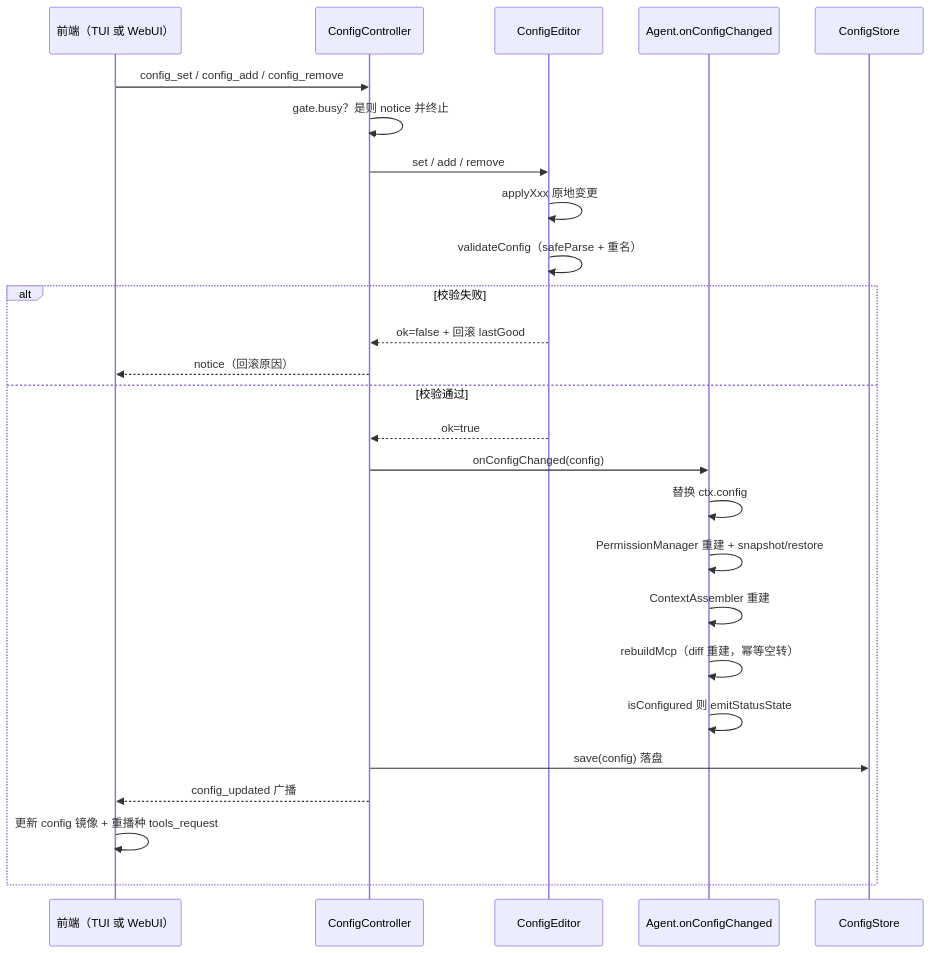
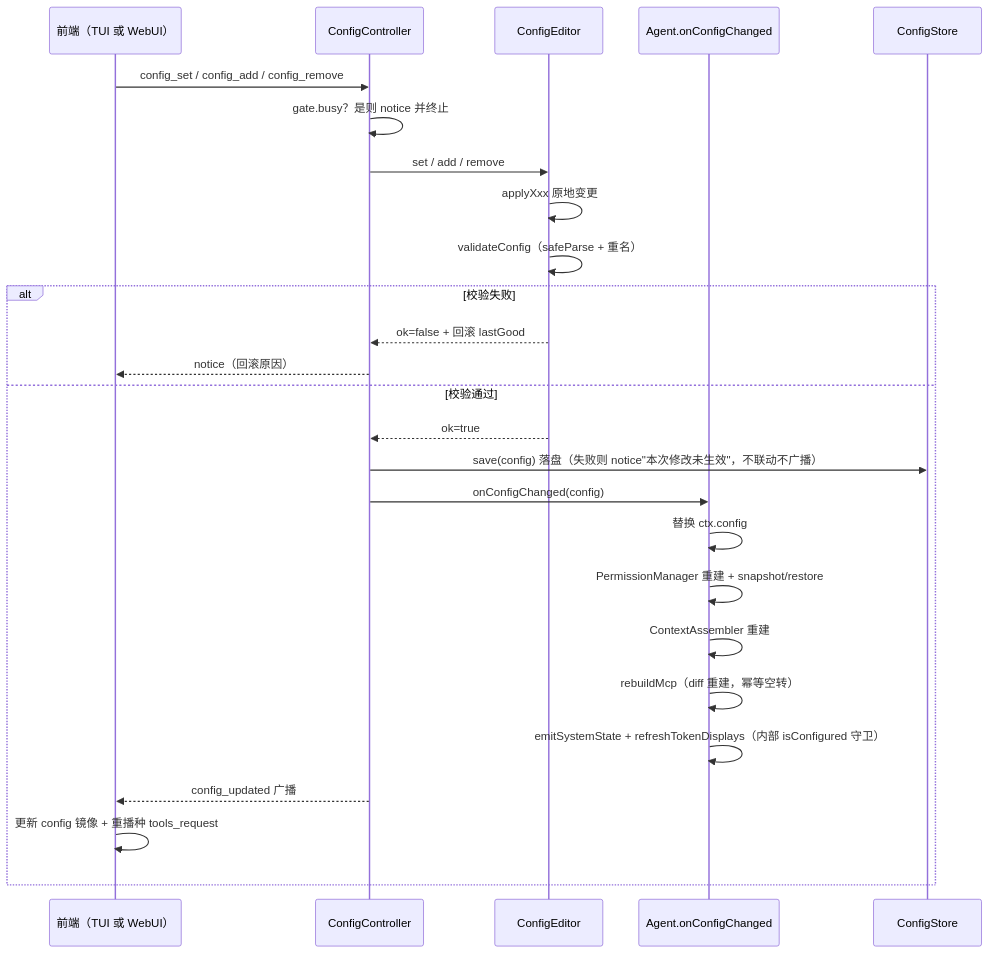
One commit to Doggez1G/DogEggAgent changed the third of 3 diagrams in docs/versions/0.2/02-设计实现/10-配置体系与编辑器.md. Above: the diagram before and after it, drawn with Mermaid. The commit also changed other lines of this file and 39 other files, not shown here.

````diff
--- a/docs/versions/0.2/02-设计实现/10-配置体系与编辑器.md
+++ b/docs/versions/0.2/02-设计实现/10-配置体系与编辑器.md
@@ -333,28 +356,28 @@
 ```mermaid
 sequenceDiagram
     participant U as 前端（TUI 或 WebUI）
     participant C as ConfigController
     participant E as ConfigEditor
     participant A as Agent.onConfigChanged
     participant S as ConfigStore
     U->>C: config_set / config_add / config_remove
     C->>C: gate.busy？是则 notice 并终止
     C->>E: set / add / remove
     E->>E: applyXxx 原地变更
     E->>E: validateConfig（safeParse + 重名）
     alt 校验失败
         E-->>C: ok=false + 回滚 lastGood
         C-->>U: notice（回滚原因）
     else 校验通过
         E-->>C: ok=true
+        C->>S: save(config) 落盘（失败则 notice"本次修改未生效"，不联动不广播）
         C->>A: onConfigChanged(config)
         A->>A: 替换 ctx.config
         A->>A: PermissionManager 重建 + snapshot/restore
         A->>A: ContextAssembler 重建
         A->>A: rebuildMcp（diff 重建，幂等空转）
-        A->>A: isConfigured 则 emitStatusState
-        C->>S: save(config) 落盘
+        A->>A: emitSystemState + refreshTokenDisplays（内部 isConfigured 守卫）
         C-->>U: config_updated 广播
         U->>U: 更新 config 镜像 + 重播种 tools_request
     end
 ```
````
